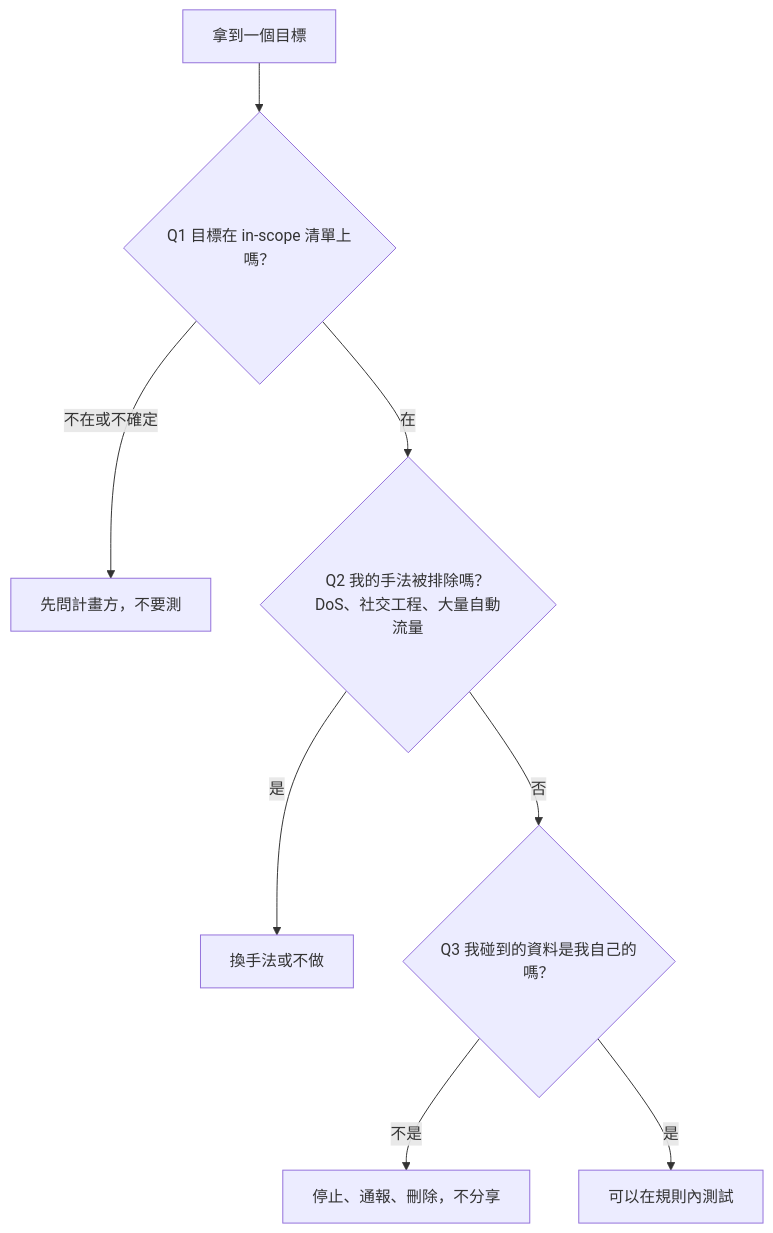
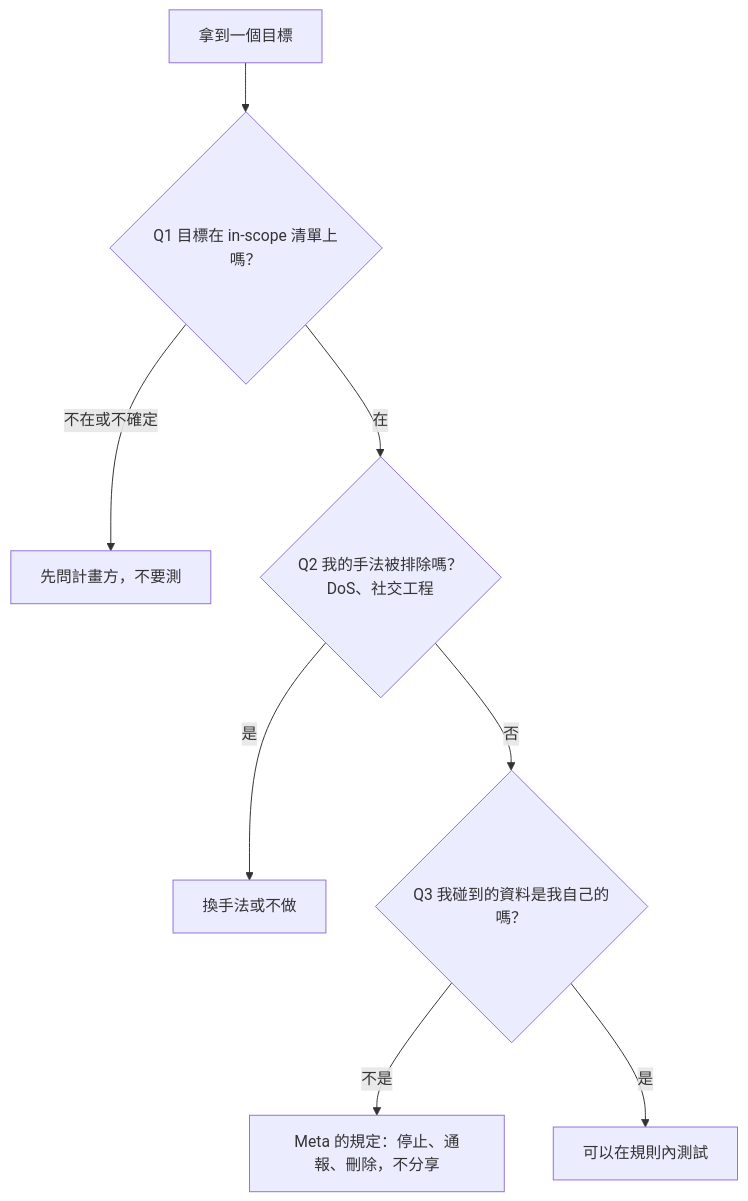
One commit to vincentxuu/quidproquo changed the diagram in src/content/posts/tech/2026-10-13-bug-bounty-zero-01-rules-and-scope.md. Above: the diagram before and after it, drawn with Mermaid. The commit also changed other lines of this file and 9 other files, not shown here.

First line of the commit message:
post(tech): 補上查證報告仍未處理的措辭（不授權、流程圖出處、獎金指引頁連結等）

````diff
--- a/src/content/posts/tech/2026-10-13-bug-bounty-zero-01-rules-and-scope.md
+++ b/src/content/posts/tech/2026-10-13-bug-bounty-zero-01-rules-and-scope.md
@@ -123,10 +123,10 @@
 ```mermaid
 flowchart TD
   A[拿到一個目標] --> B{Q1 目標在 in-scope 清單上嗎？}
   B -- 不在或不確定 --> X[先問計畫方，不要測]
-  B -- 在 --> C{Q2 我的手法被排除嗎？\nDoS、社交工程、大量自動流量}
+  B -- 在 --> C{Q2 我的手法被排除嗎？\nDoS、社交工程}
   C -- 是 --> Y[換手法或不做]
   C -- 否 --> D{Q3 我碰到的資料是我自己的嗎？}
-  D -- 不是 --> Z[停止、通報、刪除，不分享]
+  D -- 不是 --> Z[Meta 的規定：停止、通報、刪除，不分享]
   D -- 是 --> OK[可以在規則內測試]
 ```
````
